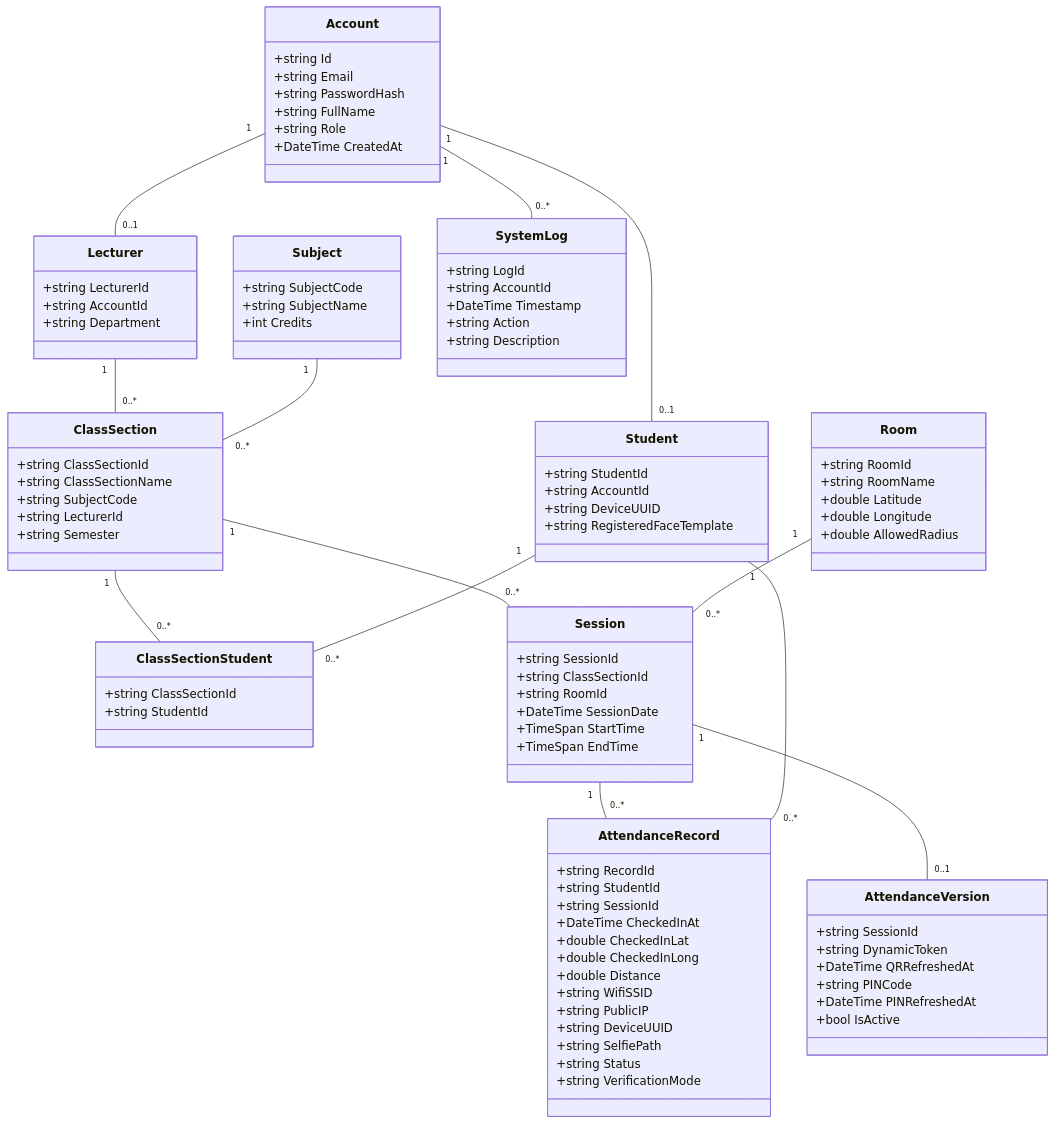
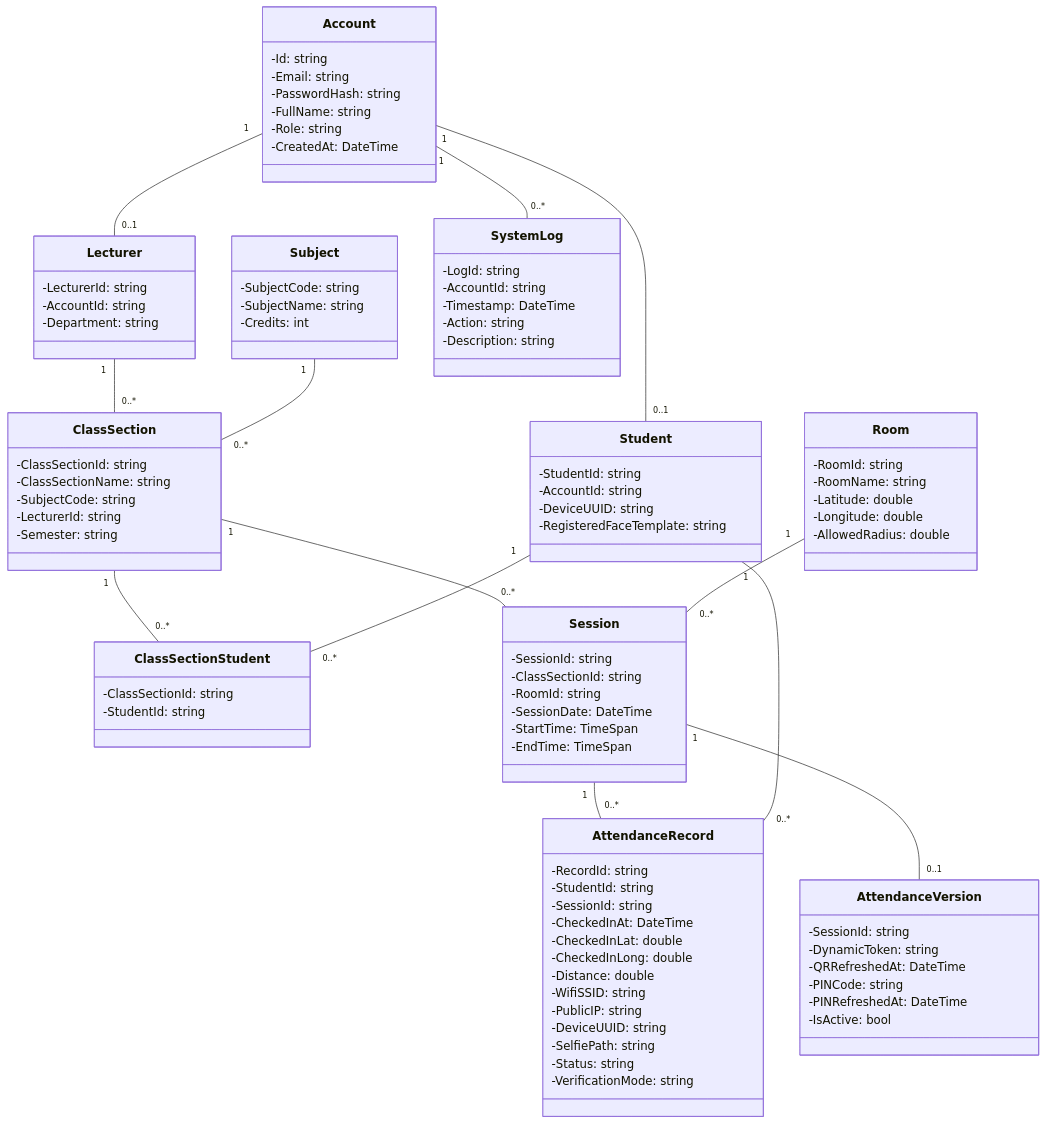
Before and after one commit to nttung42/SWD392: the fifth of 31 diagrams in AFAS_RDS_Document.md, drawn with Mermaid.

Commit message:
fix: format entity class diagram

````diff
--- a/AFAS_RDS_Document.md
+++ b/AFAS_RDS_Document.md
@@ -510,94 +510,94 @@
 ```mermaid
 classDiagram
     class Account {
-        +string Id
-        +string Email
-        +string PasswordHash
-        +string FullName
-        +string Role
-        +DateTime CreatedAt
+        -Id: string
+        -Email: string
+        -PasswordHash: string
+        -FullName: string
+        -Role: string
+        -CreatedAt: DateTime
     }
 
     class Student {
-        +string StudentId
-        +string AccountId
-        +string DeviceUUID
-        +string RegisteredFaceTemplate
+        -StudentId: string
+        -AccountId: string
+        -DeviceUUID: string
+        -RegisteredFaceTemplate: string
     }
 
     class Lecturer {
-        +string LecturerId
-        +string AccountId
-        +string Department
+        -LecturerId: string
+        -AccountId: string
+        -Department: string
     }
 
     class Room {
-        +string RoomId
-        +string RoomName
-        +double Latitude
-        +double Longitude
-        +double AllowedRadius
+        -RoomId: string
+        -RoomName: string
+        -Latitude: double
+        -Longitude: double
+        -AllowedRadius: double
     }
 
     class Subject {
-        +string SubjectCode
-        +string SubjectName
-        +int Credits
+        -SubjectCode: string
+        -SubjectName: string
+        -Credits: int
     }
 
     class ClassSection {
-        +string ClassSectionId
-        +string ClassSectionName
-        +string SubjectCode
-        +string LecturerId
-        +string Semester
+        -ClassSectionId: string
+        -ClassSectionName: string
+        -SubjectCode: string
+        -LecturerId: string
+        -Semester: string
     }
 
     class ClassSectionStudent {
-        +string ClassSectionId
-        +string StudentId
+        -ClassSectionId: string
+        -StudentId: string
     }
 
     class Session {
-        +string SessionId
-        +string ClassSectionId
-        +string RoomId
-        +DateTime SessionDate
-        +TimeSpan StartTime
-        +TimeSpan EndTime
+        -SessionId: string
+        -ClassSectionId: string
+        -RoomId: string
+        -SessionDate: DateTime
+        -StartTime: TimeSpan
+        -EndTime: TimeSpan
     }
 
     class AttendanceVersion {
-        +string SessionId
-        +string DynamicToken
-        +DateTime QRRefreshedAt
-        +string PINCode
-        +DateTime PINRefreshedAt
-        +bool IsActive
+        -SessionId: string
+        -DynamicToken: string
+        -QRRefreshedAt: DateTime
+        -PINCode: string
+        -PINRefreshedAt: DateTime
+        -IsActive: bool
     }
 
     class AttendanceRecord {
-        +string RecordId
-        +string StudentId
-        +string SessionId
-        +DateTime CheckedInAt
-        +double CheckedInLat
-        +double CheckedInLong
-        +double Distance
-        +string WifiSSID
-        +string PublicIP
-        +string DeviceUUID
-        +string SelfiePath
-        +string Status
-        +string VerificationMode
+        -RecordId: string
+        -StudentId: string
+        -SessionId: string
+        -CheckedInAt: DateTime
+        -CheckedInLat: double
+        -CheckedInLong: double
+        -Distance: double
+        -WifiSSID: string
+        -PublicIP: string
+        -DeviceUUID: string
+        -SelfiePath: string
+        -Status: string
+        -VerificationMode: string
     }
 
     class SystemLog {
-        +string LogId
-        +string AccountId
-        +DateTime Timestamp
-        +string Action
-        +string Description
+        -LogId: string
+        -AccountId: string
+        -Timestamp: DateTime
+        -Action: string
+        -Description: string
     }
 
     Account "1" -- "0..1" Student
````
